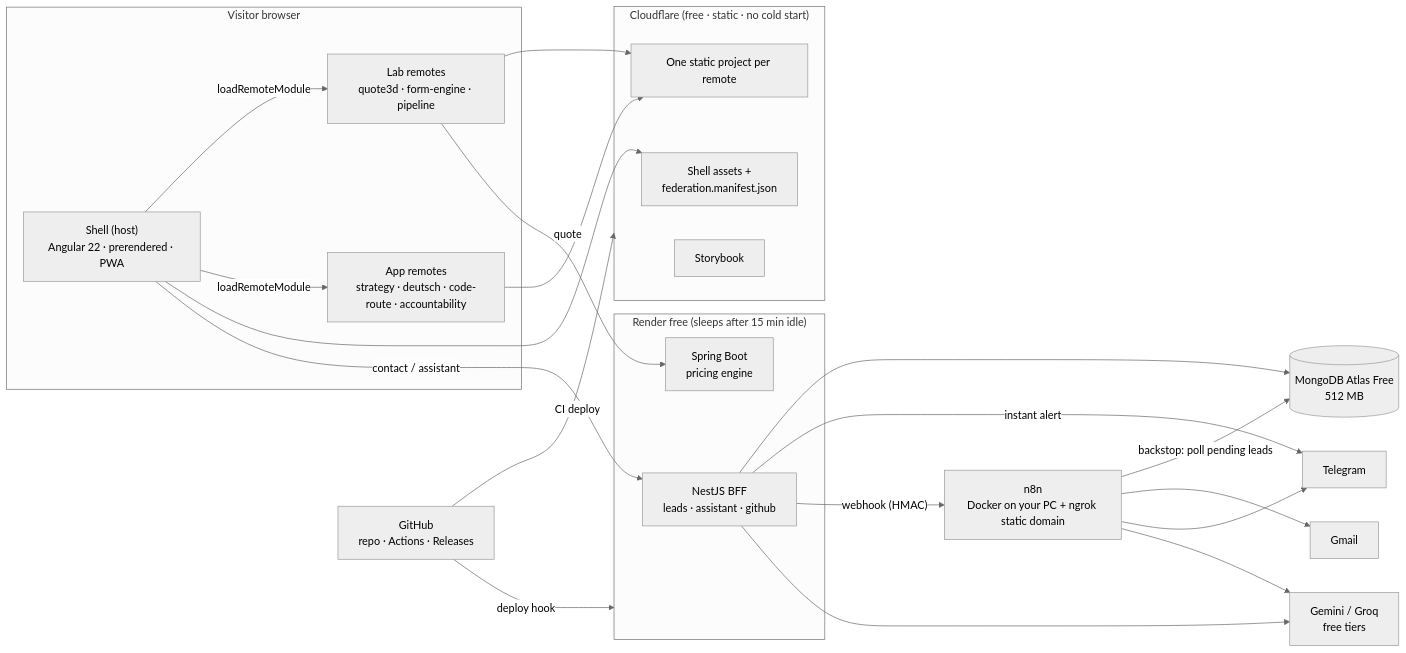
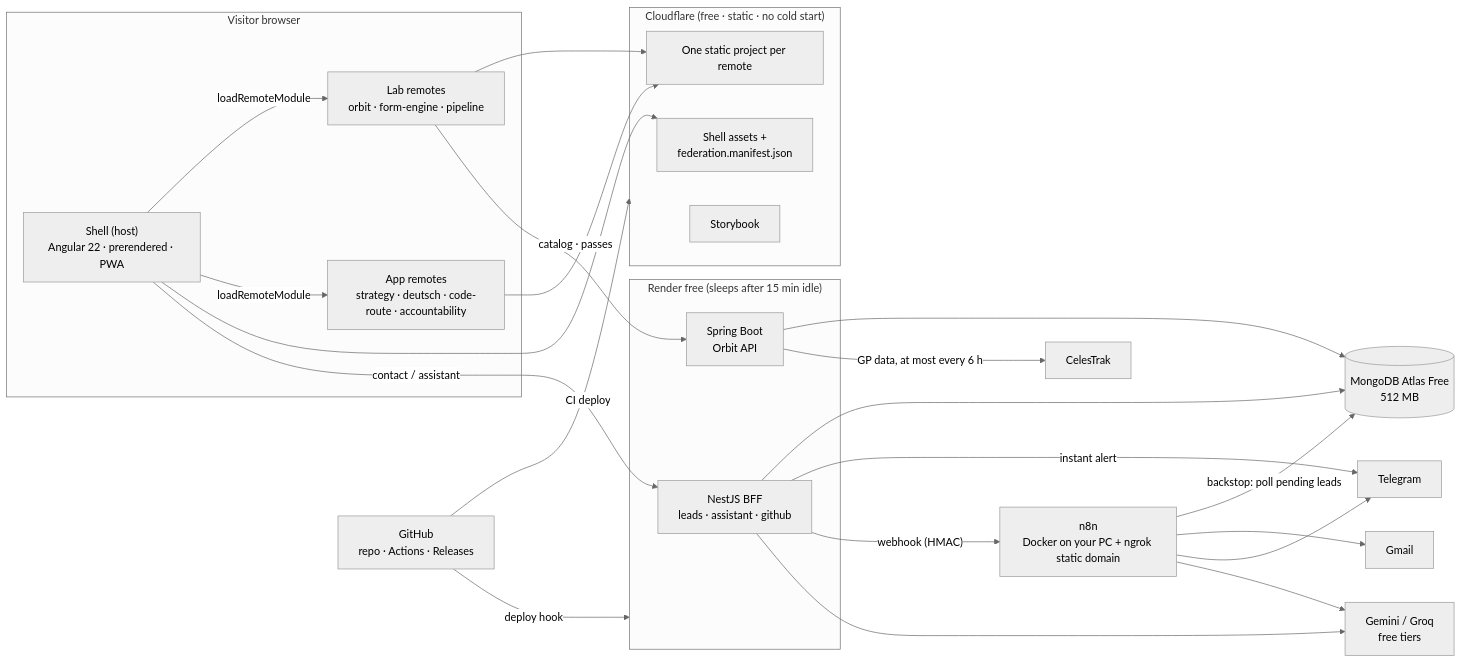
Before and after one commit to AHrichi/hrichi-platform: the first of 4 diagrams in docs/architecture.md, drawn with Mermaid (neutral theme). The commit also changed other lines of this file and 75 other files, not shown here.

First line of the commit message:
feat: Orbit API on Spring Boot 4 and Orekit

````diff
--- a/docs/architecture.md
+++ b/docs/architecture.md
@@ -128,44 +128,46 @@
 ```mermaid
 flowchart LR
   subgraph Browser["Visitor browser"]
     SH["Shell (host)<br/>Angular 22 · prerendered · PWA"]
-    RL["Lab remotes<br/>quote3d · form-engine · pipeline"]
+    RL["Lab remotes<br/>orbit · form-engine · pipeline"]
     RA["App remotes<br/>strategy · deutsch · code-route · accountability"]
     SH -- "loadRemoteModule" --> RL
     SH -- "loadRemoteModule" --> RA
   end
 
   subgraph CF["Cloudflare (free · static · no cold start)"]
     CFS["Shell assets +<br/>federation.manifest.json"]
     CFR["One static project per remote"]
     CFB["Storybook"]
   end
 
   subgraph RD["Render free (sleeps after 15 min idle)"]
     API["NestJS BFF<br/>leads · assistant · github"]
-    PE["Spring Boot<br/>pricing engine"]
+    PE["Spring Boot<br/>Orbit API"]
   end
 
   DB[("MongoDB Atlas Free<br/>512 MB")]
   N8N["n8n<br/>Docker on your PC + ngrok static domain"]
   TG["Telegram"]
   GM["Gmail"]
   LLM["Gemini / Groq<br/>free tiers"]
   GH["GitHub<br/>repo · Actions · Releases"]
 
   SH --> CFS
   RL --> CFR
   RA --> CFR
   SH -- "contact / assistant" --> API
-  RL -- "quote" --> PE
+  RL -- "catalog · passes" --> PE
+  PE --> DB
+  PE -- "GP data, at most every 6 h" --> CT["CelesTrak"]
   API --> DB
   API -- "instant alert" --> TG
   API -- "webhook (HMAC)" --> N8N
   N8N -- "backstop: poll pending leads" --> DB
   N8N --> GM
   N8N --> TG
   API --> LLM
   N8N --> LLM
   GH -- "CI deploy" --> CF
   GH -- "deploy hook" --> RD
 ```
````
